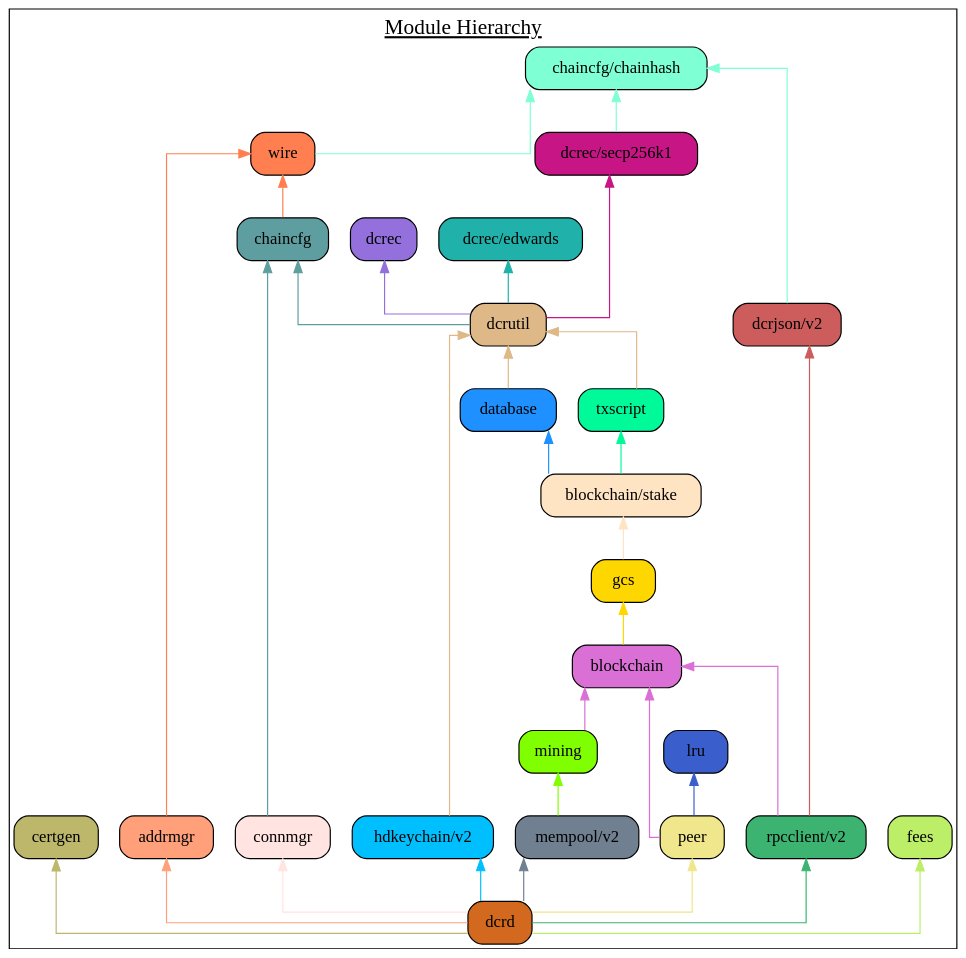
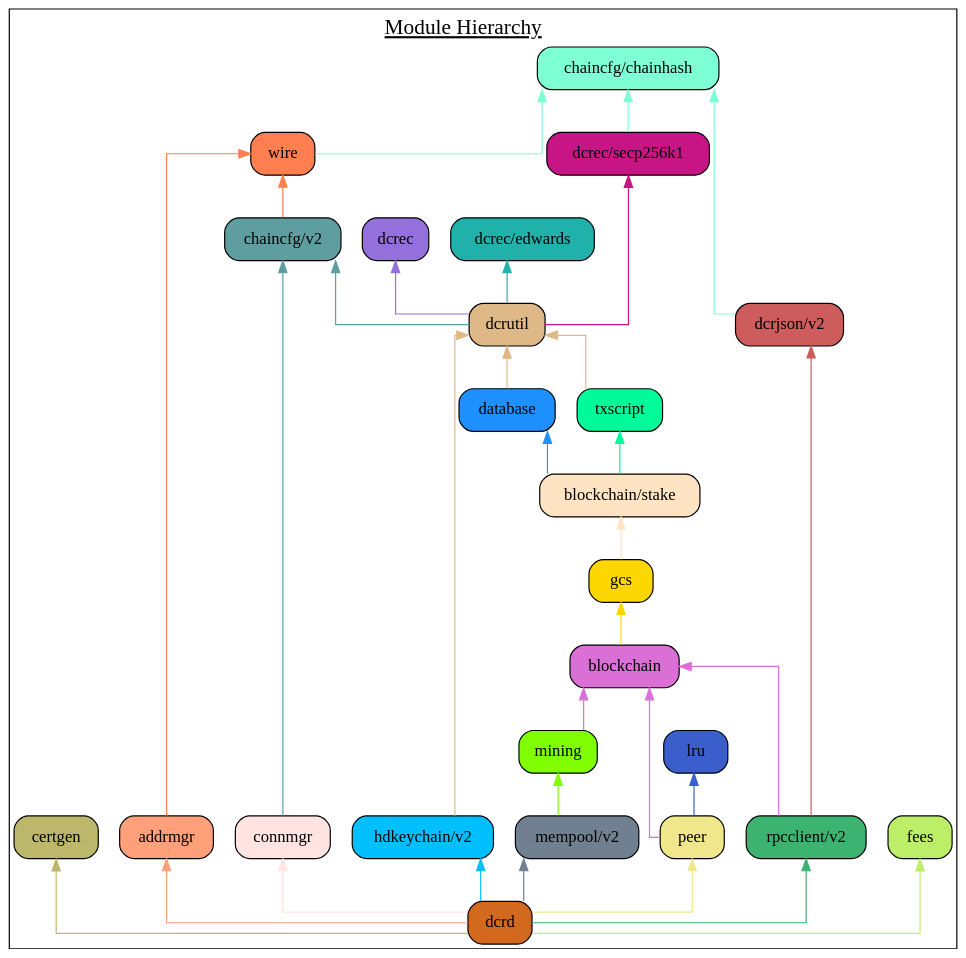
The diagram in docs/assets/module_hierarchy.gv (decred/dcrd), drawn with Graphviz before and after one commit. The commit also changed 2 other files, not shown here.

Commit message:
docs: Update for chaincfg v2 module.
This updates the docs/README.md file, module hierarchy graphviz, and
module hierarchy diagram to reflect the new module version

```diff
--- a/docs/assets/module_hierarchy.gv
+++ b/docs/assets/module_hierarchy.gv
@@ -1,65 +1,65 @@
 digraph {
 	graph [splines=ortho colorscheme=svg label=<<u>Module Hierarchy</u>> labelloc=t fontsize=18.0]
 	node [shape=box style="filled, rounded"]
 
 	certgen [label="certgen" fillcolor=darkkhaki]
 	chainhash [label="chaincfg/chainhash" fillcolor=aquamarine]
 	dcrjson [label="dcrjson/v2" fillcolor=indianred]
 	wire [label="wire" fillcolor=coral]
 	addrmgr [label="addrmgr" fillcolor=lightsalmon]
-	chaincfg [label="chaincfg" fillcolor=cadetblue]
+	chaincfg [label="chaincfg/v2" fillcolor=cadetblue]
 	connmgr [label="connmgr" fillcolor=mistyrose]
 	dcrec [label="dcrec" fillcolor=mediumpurple]
 	edwards [label="dcrec/edwards" fillcolor=lightseagreen]
 	secp256k1 [label="dcrec/secp256k1" fillcolor=mediumvioletred]
 	dcrutil [label="dcrutil" fillcolor=burlywood]
 	database [label="database" fillcolor=dodgerblue]
 	hdkeychain [label="hdkeychain/v2" fillcolor=deepskyblue]
 	txscript [label="txscript" fillcolor=mediumspringgreen]
 	stake [label="blockchain/stake" fillcolor=bisque]
 	gcs [label="gcs" fillcolor=gold]
 	blockchain [label="blockchain" fillcolor=orchid]
 	mempool [label="mempool/v2" fillcolor=slategray]
 	mining [label="mining" fillcolor=chartreuse]
 	lru  [label="lru" fillcolor=royalblue3]
 	peer [label="peer" fillcolor=khaki]
 	rpcclient [label="rpcclient/v2" fillcolor=mediumseagreen]
 	fees [label="fees" fillcolor=darkolivegreen2]
 	dcrd [label="dcrd" fillcolor=chocolate]
 
 	{rank=same connmgr addrmgr hdkeychain peer rpcclient mempool}
 
 	certgen
 	chainhash -> dcrjson [dir=back color=aquamarine]
 	chainhash -> wire [dir=back color=aquamarine]
 	wire -> addrmgr [dir=back color=coral]
 	wire -> chaincfg [dir=back color=coral]
 	chaincfg -> connmgr [dir=back color=cadetblue]
 	chainhash -> secp256k1 [dir=back color=aquamarine]
 	chaincfg -> dcrutil [dir=back color=cadetblue]
 	dcrec -> dcrutil [dir=back color=mediumpurple]
 	edwards ->  dcrutil [dir=back color=lightseagreen]
 	secp256k1 ->  dcrutil [dir=back color=mediumvioletred]
 	dcrutil -> database [dir=back color=burlywood]
 	dcrutil -> hdkeychain [dir=back color=burlywood]
 	dcrutil -> txscript [dir=back color=burlywood]
 	database ->  stake [dir=back color=dodgerblue]
 	txscript -> stake [dir=back color=mediumspringgreen]
 	stake -> gcs [dir=back color=bisque]
 	gcs -> blockchain [dir=back color=gold]
 	blockchain -> mining [dir=back color=orchid]
 	mining -> mempool [dir=back color=chartreuse]
 	lru -> peer [dir=back color=royalblue3]
 	blockchain -> peer [dir=back color=orchid]
 	blockchain -> rpcclient [dir=back color=orchid]
 	dcrjson -> rpcclient [dir=back color=indianred]
 
 	fees -> dcrd [dir=back color=darkolivegreen2]
 	mempool -> dcrd [dir=back color=slategray]
 	certgen -> dcrd [dir=back color=darkkhaki]
 	addrmgr -> dcrd [dir=back color=lightsalmon]
 	hdkeychain -> dcrd [dir=back color=deepskyblue]
 	connmgr -> dcrd [dir=back color=mistyrose]
 	rpcclient -> dcrd [dir=back color=mediumseagreen]
 	peer -> dcrd [dir=back color=khaki]
 }
```
